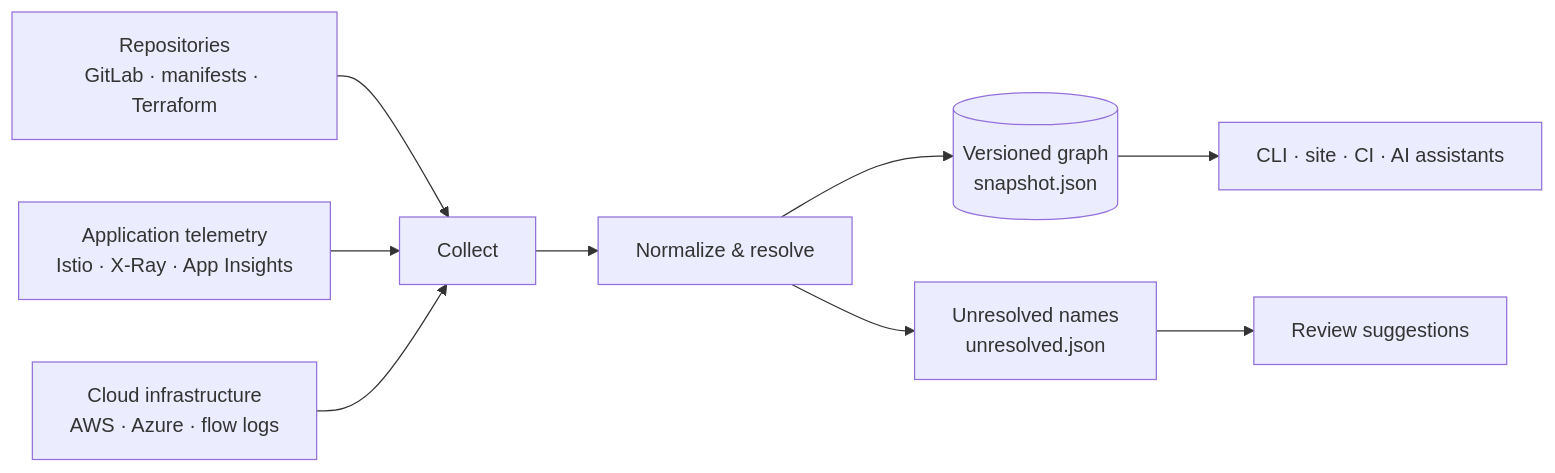
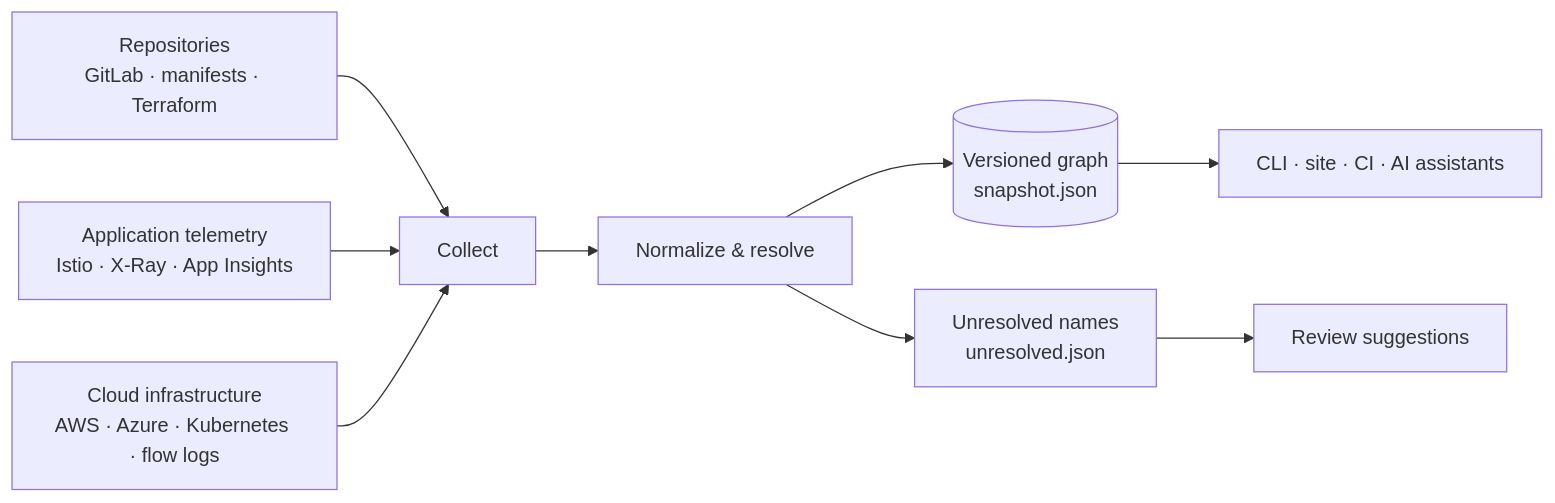
The diagram in README.md (DennisvDijk/dependency-graph), drawn with Mermaid before and after one commit. The commit also changed other lines of this file and 5 other files, not shown here.

````diff
--- a/README.md
+++ b/README.md
@@ -34,11 +34,11 @@
 ```mermaid
 flowchart LR
     A["Repositories<br/>GitLab · manifests · Terraform"] --> D["Collect"]
     B["Application telemetry<br/>Istio · X-Ray · App Insights"] --> D
-    C["Cloud infrastructure<br/>AWS · Azure · flow logs"] --> D
+    C["Cloud infrastructure<br/>AWS · Azure · Kubernetes · flow logs"] --> D
     D --> E["Normalize & resolve"]
     E --> F[("Versioned graph<br/>snapshot.json")]
     E --> G["Unresolved names<br/>unresolved.json"]
     F --> H["CLI · site · CI · AI assistants"]
     G --> I["Review suggestions"]
 ```
````
